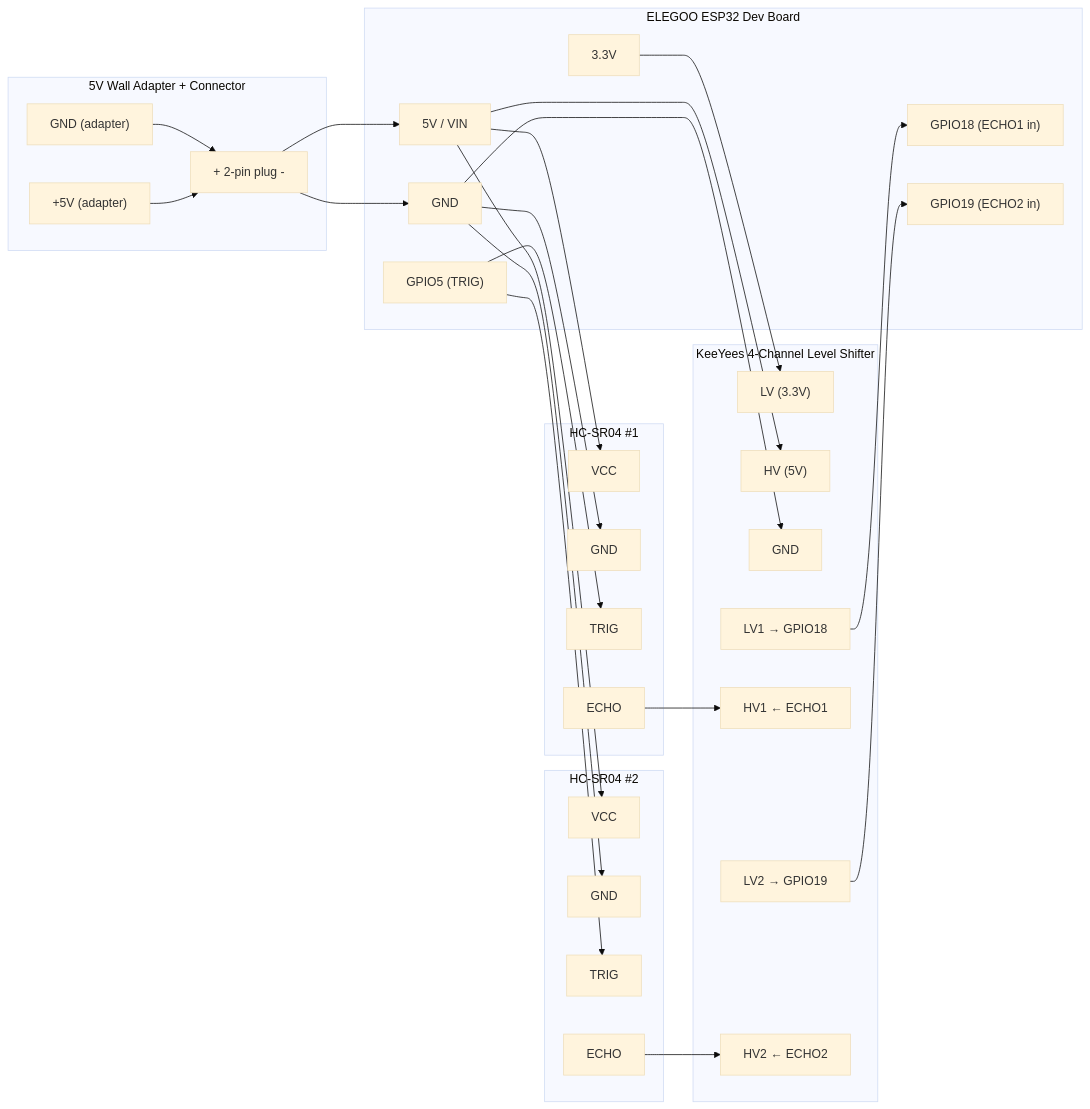
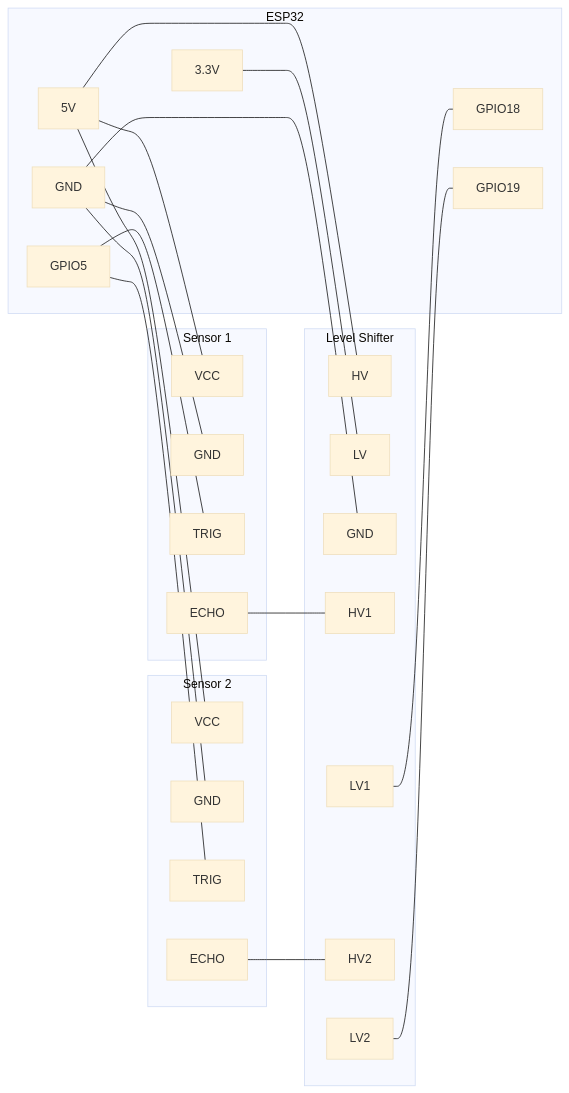
The second of 2 diagrams in projects/trashcan-sensor/docs/wiring-diagram.md (poindexter12/ohmward-lab), drawn with Mermaid (base theme) before and after one commit. The commit also changed other lines of this file and 1 other file, not shown here.

Commit message:
docs(trashcan-sensor): improve wiring diagram clarity
- Split into System Overview (TB) and Detailed Pin-to-Pin (LR) diagrams
- Add direction hints within subgraphs for better layout
- Use thick lines (===) for ground to distinguish from signals
- Add edge labels for voltage/signal names
- Include wire color suggestion table
- Add pin mapping summary table
- Explain why only ECHO needs level shifting

````diff
--- a/projects/trashcan-sensor/docs/wiring-diagram.md
+++ b/projects/trashcan-sensor/docs/wiring-diagram.md
@@ -14,66 +69,58 @@
 ```mermaid
 flowchart LR
-    subgraph PWR["5V Wall Adapter + Connector"]
-        WA["+5V (adapter)"]
-        WG["GND (adapter)"]
-        CONN["+ 2-pin plug -"]
+    subgraph ESP["ESP32"]
+        E_5V["5V"]
+        E_3V3["3.3V"]
+        E_GND["GND"]
+        E_G5["GPIO5"]
+        E_G18["GPIO18"]
+        E_G19["GPIO19"]
     end
 
-    subgraph ESP["ELEGOO ESP32 Dev Board"]
-        V5["5V / VIN"]
-        EGND["GND"]
-        V33["3.3V"]
-        GPIO5["GPIO5 (TRIG)"]
-        GPIO18["GPIO18 (ECHO1 in)"]
-        GPIO19["GPIO19 (ECHO2 in)"]
+    subgraph LVL["Level Shifter"]
+        L_HV["HV"]
+        L_LV["LV"]
+        L_GND["GND"]
+        L_HV1["HV1"]
+        L_LV1["LV1"]
+        L_HV2["HV2"]
+        L_LV2["LV2"]
     end
 
-    subgraph LVL["KeeYees 4-Channel Level Shifter"]
-        LV["LV (3.3V)"]
-        HV["HV (5V)"]
-        LGND["GND"]
-        LV1["LV1 → GPIO18"]
-        HV1["HV1 ← ECHO1"]
-        LV2["LV2 → GPIO19"]
-        HV2["HV2 ← ECHO2"]
+    subgraph S1["Sensor 1"]
+        S1_VCC["VCC"]
+        S1_GND["GND"]
+        S1_TRIG["TRIG"]
+        S1_ECHO["ECHO"]
     end
 
-    subgraph S1["HC-SR04 #1"]
-        S1V["VCC"]
-        S1G["GND"]
-        S1T["TRIG"]
-        S1E["ECHO"]
+    subgraph S2["Sensor 2"]
+        S2_VCC["VCC"]
+        S2_GND["GND"]
+        S2_TRIG["TRIG"]
+        S2_ECHO["ECHO"]
     end
 
-    subgraph S2["HC-SR04 #2"]
-        S2V["VCC"]
-        S2G["GND"]
-        S2T["TRIG"]
-        S2E["ECHO"]
-    end
+    %% 5V Power
+    E_5V --- L_HV
+    E_5V --- S1_VCC
+    E_5V --- S2_VCC
 
-    WA --> CONN
-    WG --> CONN
+    %% 3.3V Reference
+    E_3V3 --- L_LV
 
-    CONN --> V5
-    CONN --> EGND
+    %% Ground
+    E_GND --- L_GND
+    E_GND --- S1_GND
+    E_GND --- S2_GND
 
-    V5 --> HV
-    V5 --> S1V
-    V5 --> S2V
+    %% TRIG signals
+    E_G5 --- S1_TRIG
+    E_G5 --- S2_TRIG
 
-    V33 --> LV
-
-    EGND --> LGND
-    EGND --> S1G
-    EGND --> S2G
-
-    GPIO5 --> S1T
-    GPIO5 --> S2T
-
-    S1E --> HV1
-    LV1 --> GPIO18
-
-    S2E --> HV2
-    LV2 --> GPIO19
+    %% ECHO through shifter
+    S1_ECHO --- L_HV1
+    L_LV1 --- E_G18
+    S2_ECHO --- L_HV2
+    L_LV2 --- E_G19
 ```
````
